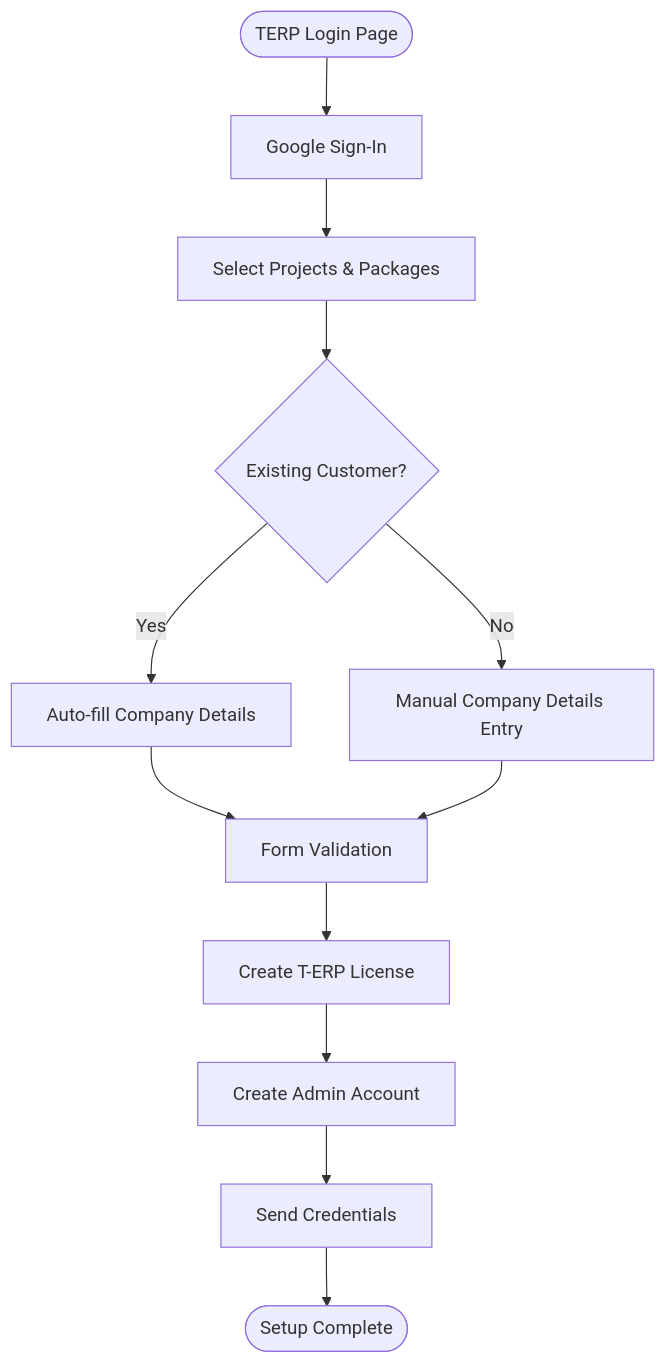
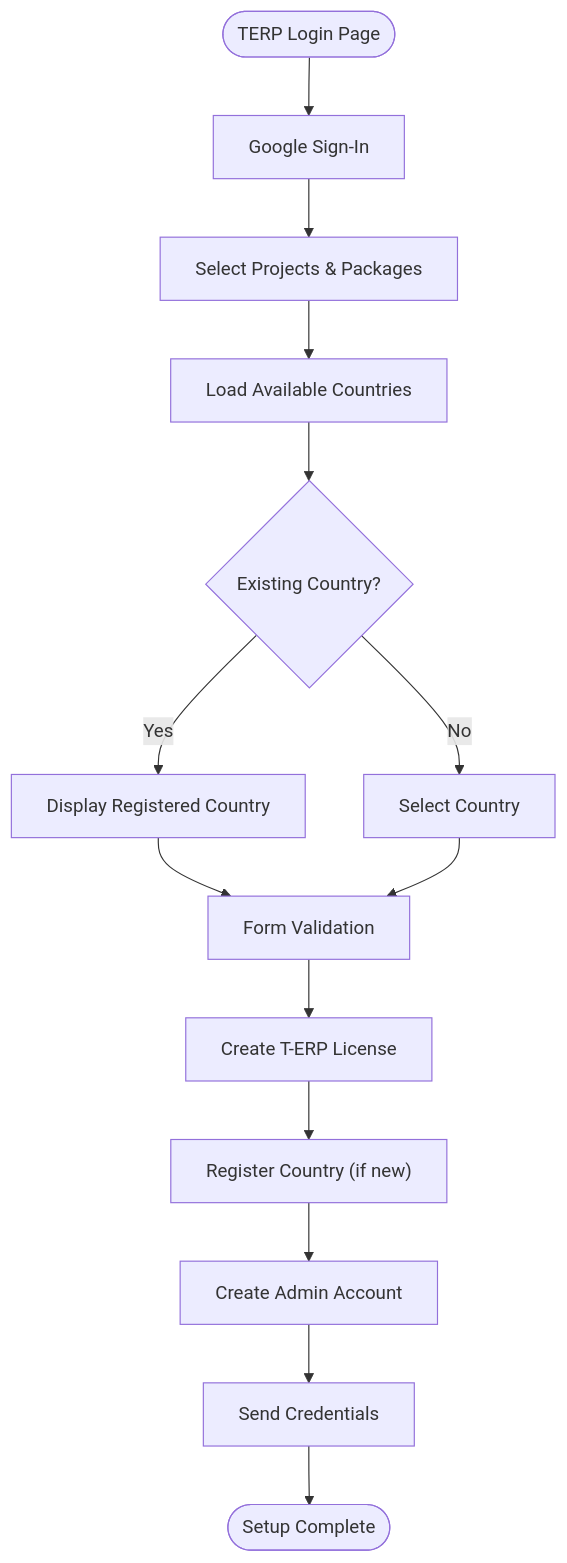
Before and after one commit to imcbsglobal/TRELLISCO_ERP_FRONTEND: the third of 4 diagrams in .qoder/repowiki/en/content/Application Architecture/Authentication & Authorization.md, drawn with Mermaid. The commit also changed other lines of this file and 29 other files, not shown here.

````diff
--- a/.qoder/repowiki/en/content/Application Architecture/Authentication & Authorization.md
+++ b/.qoder/repowiki/en/content/Application Architecture/Authentication & Authorization.md
@@ -206,14 +229,16 @@
 ```mermaid
 flowchart TD
 Start(["TERP Login Page"]) --> GoogleAuth["Google Sign-In"]
 GoogleAuth --> ProjectSelection["Select Projects & Packages"]
-ProjectSelection --> WorkspaceCheck{"Existing Customer?"}
-WorkspaceCheck --> |Yes| AutoFill["Auto-fill Company Details"]
-WorkspaceCheck --> |No| ManualEntry["Manual Company Details Entry"]
-AutoFill --> Validation["Form Validation"]
-ManualEntry --> Validation
+ProjectSelection --> CountryCheck["Load Available Countries"]
+CountryCheck --> ExistingCountry{"Existing Country?"}
+ExistingCountry --> |Yes| LockedCountry["Display Registered Country"]
+ExistingCountry --> |No| CountrySelection["Select Country"]
+LockedCountry --> Validation["Form Validation"]
+CountrySelection --> Validation
 Validation --> LicenseCreation["Create T-ERP License"]
-LicenseCreation --> AdminAccount["Create Admin Account"]
+LicenseCreation --> CountryRegistration["Register Country (if new)"]
+CountryRegistration --> AdminAccount["Create Admin Account"]
 AdminAccount --> CredentialDelivery["Send Credentials"]
 CredentialDelivery --> Success(["Setup Complete"])
 ```
````
